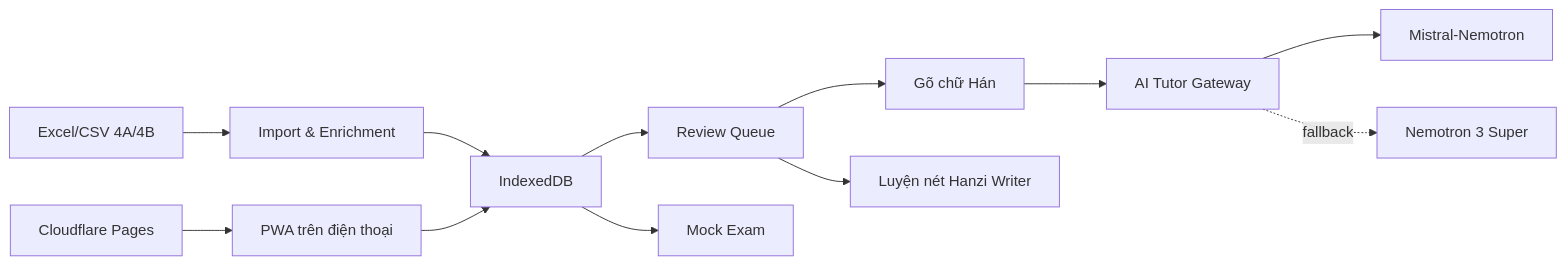
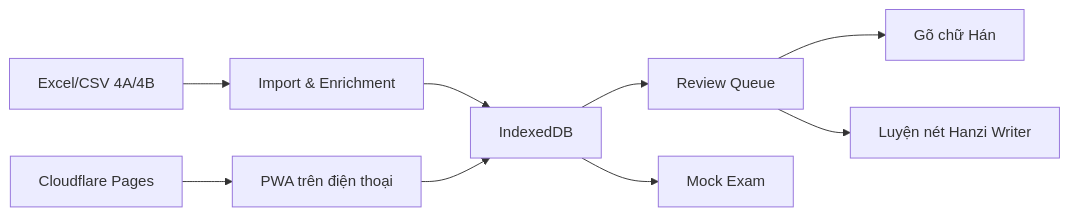
Before and after one commit to meiiie/hong_hsk: the diagram in README.md, drawn with Mermaid. The commit also changed other lines of this file and 34 other files, not shown here.

````diff
--- a/README.md
+++ b/README.md
@@ -66,14 +65,11 @@
 ```mermaid
 flowchart LR
   A["Excel/CSV 4A/4B"] --> B["Import & Enrichment"]
   B --> C["IndexedDB"]
   C --> D["Review Queue"]
   D --> E["Gõ chữ Hán"]
   D --> F["Luyện nét Hanzi Writer"]
-  E --> J["AI Tutor Gateway"]
-  J --> K["Mistral-Nemotron"]
-  J -.fallback.-> L["Nemotron 3 Super"]
   C --> G["Mock Exam"]
   H["Cloudflare Pages"] --> I["PWA trên điện thoại"]
   I --> C
 ```
````
